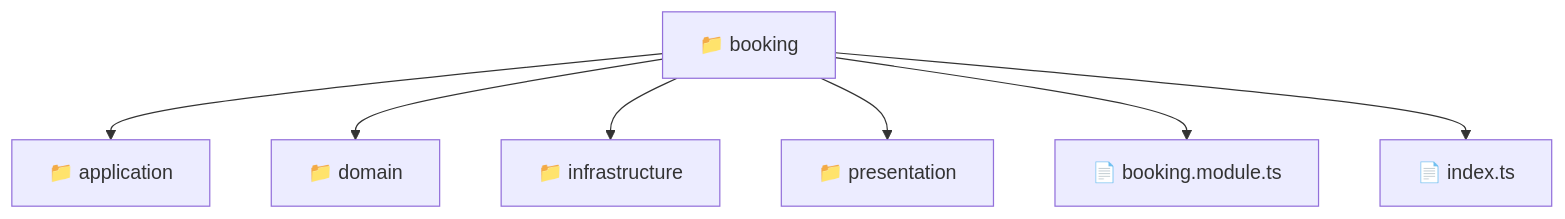
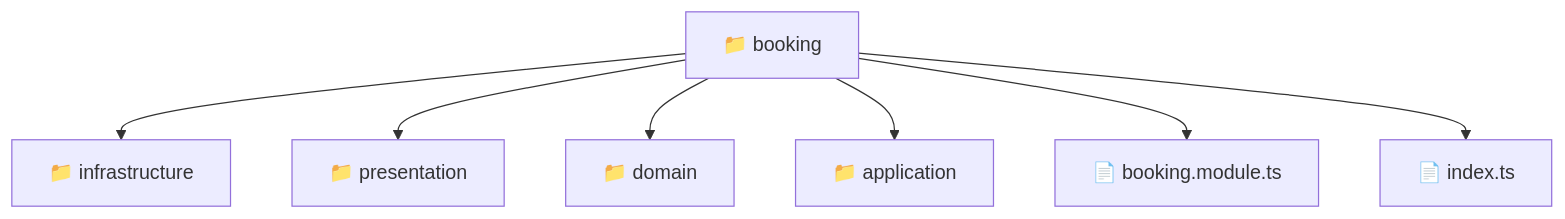
One commit to beginwebdev2002/fullstack-mavluda changed the diagram in backend/src/modules/booking/README.md. Above: the diagram before and after it, drawn with Mermaid. The commit also changed other lines of this file and 157 other files, not shown here.

````diff
--- a/backend/src/modules/booking/README.md
+++ b/backend/src/modules/booking/README.md
@@ -9,10 +9,10 @@
 ```mermaid
 graph TD
-  Root["📁 booking"]
-  Root --> application["📁 application"]
-  Root --> domain["📁 domain"]
-  Root --> infrastructure["📁 infrastructure"]
-  Root --> presentation["📁 presentation"]
-  Root --> booking_module_ts["📄 booking.module.ts"]
-  Root --> index_ts["📄 index.ts"]
+  booking["📁 booking"]
+  booking --> infrastructure["📁 infrastructure"]
+  booking --> presentation["📁 presentation"]
+  booking --> domain["📁 domain"]
+  booking --> application["📁 application"]
+  booking --> booking_module_ts["📄 booking.module.ts"]
+  booking --> index_ts["📄 index.ts"]
 ```
````
